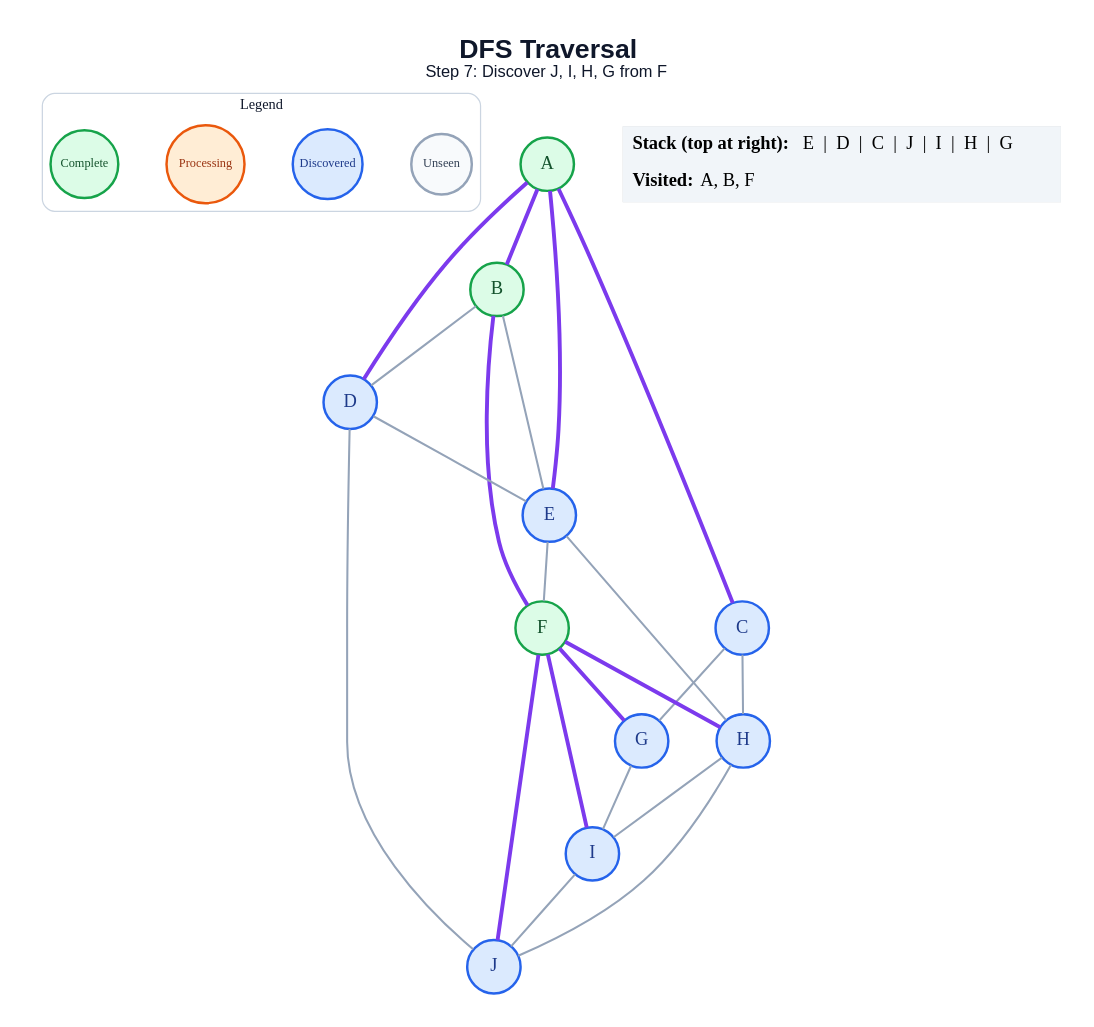
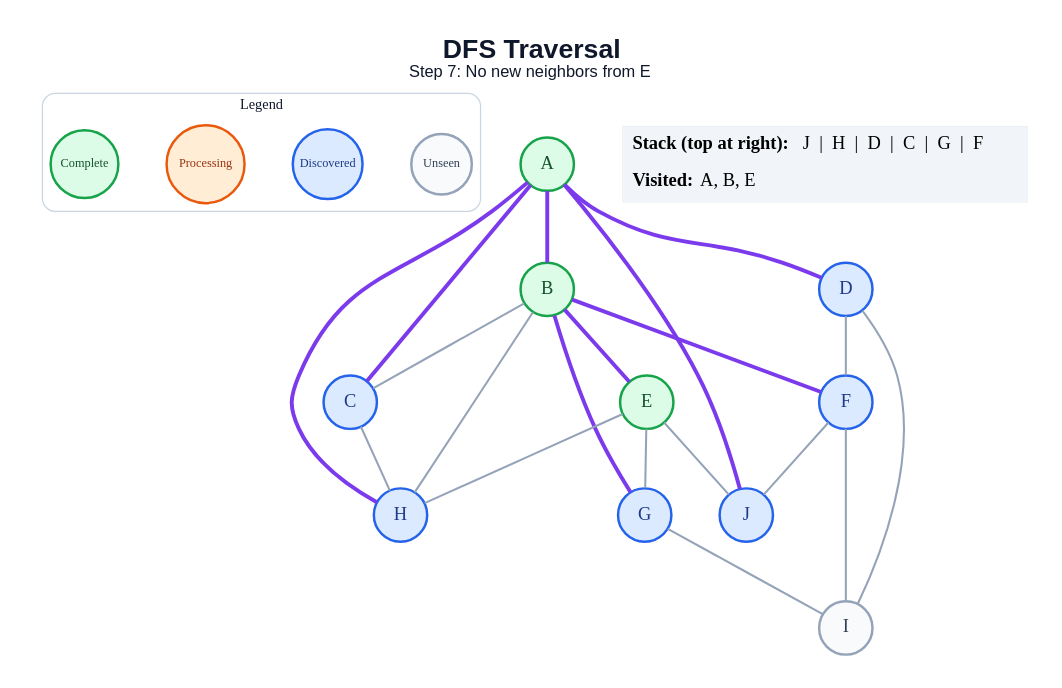
The diagram in generated/dfs/step_07.dot (anon7238593-create/ai-slop), drawn with Graphviz before and after one commit. The commit also changed 171 other files, not shown here.

```diff
--- a/generated/dfs/step_07.dot
+++ b/generated/dfs/step_07.dot
@@ -1,50 +1,48 @@
 graph traversal {
   graph [layout=dot, rankdir=TB, bgcolor="#FFFFFF", pad="0.35", nodesep="0.65", ranksep="0.8", fontname="Arial"];
   node [shape=circle, style="filled", fontname="Arial Bold", fontsize=18, width=0.72, fixedsize=true, penwidth=2.4];
   edge [color="#94A3B8", penwidth=2.0];
-  label=<<B>DFS Traversal</B><BR/><FONT POINT-SIZE="16">Step 7: Discover J, I, H, G from F</FONT>>; labelloc="t"; fontsize=26; fontname="Arial"; fontcolor="#0F172A";
+  label=<<B>DFS Traversal</B><BR/><FONT POINT-SIZE="16">Step 7: No new neighbors from E</FONT>>; labelloc="t"; fontsize=26; fontname="Arial"; fontcolor="#0F172A";
   subgraph cluster_legend { label="Legend"; color="#CBD5E1"; penwidth=1.2; style="rounded"; fontsize=14; fontname="Arial Bold";
     key_unseen [label="Unseen", fillcolor="#F8FAFC", color="#94A3B8", fontcolor="#334155", fontsize=12, width=0.82];
     key_frontier [label="Discovered", fillcolor="#DBEAFE", color="#2563EB", fontcolor="#1E3A8A", fontsize=12, width=0.95];
     key_current [label="Processing", fillcolor="#FFEDD5", color="#EA580C", fontcolor="#9A3412", fontsize=12, width=1.05];
     key_done [label="Complete", fillcolor="#DCFCE7", color="#16A34A", fontcolor="#14532D", fontsize=12, width=0.92];
     { rank=same; key_unseen; key_frontier; key_current; key_done; }
   }
   A [fillcolor="#DCFCE7", color="#16A34A", fontcolor="#14532D"];
   B [fillcolor="#DCFCE7", color="#16A34A", fontcolor="#14532D"];
   C [fillcolor="#DBEAFE", color="#2563EB", fontcolor="#1E3A8A"];
   D [fillcolor="#DBEAFE", color="#2563EB", fontcolor="#1E3A8A"];
-  E [fillcolor="#DBEAFE", color="#2563EB", fontcolor="#1E3A8A"];
-  F [fillcolor="#DCFCE7", color="#16A34A", fontcolor="#14532D"];
+  E [fillcolor="#DCFCE7", color="#16A34A", fontcolor="#14532D"];
+  F [fillcolor="#DBEAFE", color="#2563EB", fontcolor="#1E3A8A"];
   G [fillcolor="#DBEAFE", color="#2563EB", fontcolor="#1E3A8A"];
   H [fillcolor="#DBEAFE", color="#2563EB", fontcolor="#1E3A8A"];
-  I [fillcolor="#DBEAFE", color="#2563EB", fontcolor="#1E3A8A"];
+  I [fillcolor="#F8FAFC", color="#94A3B8", fontcolor="#334155"];
   J [fillcolor="#DBEAFE", color="#2563EB", fontcolor="#1E3A8A"];
   A -- B [color="#7C3AED", penwidth=3.8];
   A -- C [color="#7C3AED", penwidth=3.8];
   A -- D [color="#7C3AED", penwidth=3.8];
-  A -- E [color="#7C3AED", penwidth=3.8];
-  B -- D;
-  B -- E;
+  A -- H [color="#7C3AED", penwidth=3.8];
+  A -- J [color="#7C3AED", penwidth=3.8];
+  B -- C;
+  B -- E [color="#7C3AED", penwidth=3.8];
   B -- F [color="#7C3AED", penwidth=3.8];
-  C -- G;
+  B -- G [color="#7C3AED", penwidth=3.8];
+  B -- H;
   C -- H;
-  D -- E;
-  D -- J;
-  E -- F;
+  D -- F;
+  D -- I;
+  E -- G;
   E -- H;
-  F -- G [color="#7C3AED", penwidth=3.8];
-  F -- H [color="#7C3AED", penwidth=3.8];
-  F -- I [color="#7C3AED", penwidth=3.8];
-  F -- J [color="#7C3AED", penwidth=3.8];
+  E -- J;
+  F -- I;
+  F -- J;
   G -- I;
-  H -- I;
-  H -- J;
-  I -- J;
   status [shape=plain, fixedsize=false, width=0, height=0, margin=0, label=<
     <TABLE BORDER="0" CELLBORDER="0" CELLPADDING="7" BGCOLOR="#F1F5F9">
-      <TR><TD ALIGN="LEFT"><B>Stack (top at right):</B> E  |  D  |  C  |  J  |  I  |  H  |  G</TD></TR>
-      <TR><TD ALIGN="LEFT"><B>Visited:</B> A, B, F</TD></TR>
+      <TR><TD ALIGN="LEFT"><B>Stack (top at right):</B> J  |  H  |  D  |  C  |  G  |  F</TD></TR>
+      <TR><TD ALIGN="LEFT"><B>Visited:</B> A, B, E</TD></TR>
     </TABLE>
   >];
 }
```
